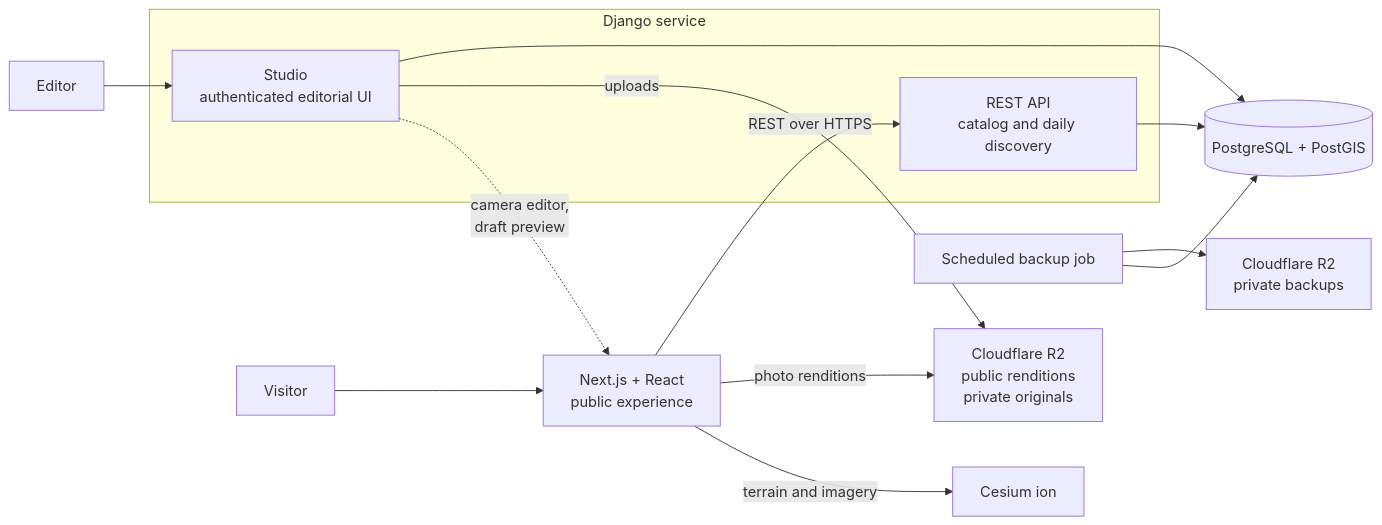
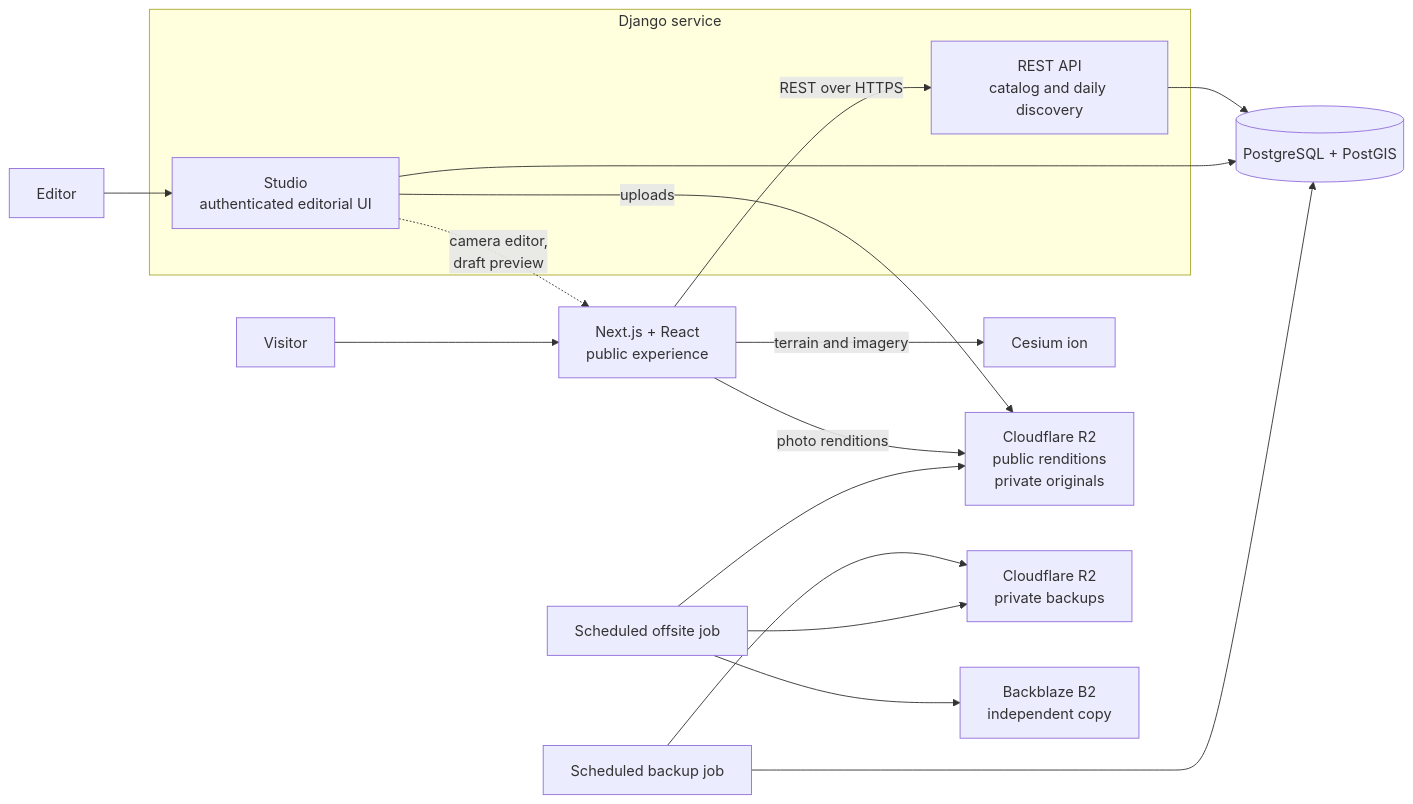
The diagram in README.md (camilasabino/serendipeak), drawn with Mermaid before and after one commit. The commit also changed other lines of this file and 2 other files, not shown here.

````diff
--- a/README.md
+++ b/README.md
@@ -59,21 +61,24 @@
 ```mermaid
 flowchart LR
     Visitor["Visitor"] --> Web["Next.js + React<br/>public experience"]
     Editor["Editor"] --> Studio
 
     subgraph Django["Django service"]
         API["REST API<br/>catalog and daily discovery"]
         Studio["Studio<br/>authenticated editorial UI"]
     end
 
     Web -->|"REST over HTTPS"| API
     Web -->|"terrain and imagery"| Ion["Cesium ion"]
     Web -->|"photo renditions"| R2["Cloudflare R2<br/>public renditions<br/>private originals"]
     Studio -.->|"camera editor,<br/>draft preview"| Web
     Studio -->|"uploads"| R2
 
     API --> PG[("PostgreSQL + PostGIS")]
     Studio --> PG
     Backup["Scheduled backup job"] --> PG
     Backup --> R2Backup["Cloudflare R2<br/>private backups"]
+    Offsite["Scheduled offsite job"] --> R2
+    Offsite --> R2Backup
+    Offsite --> B2["Backblaze B2<br/>independent copy"]
 ```
````
